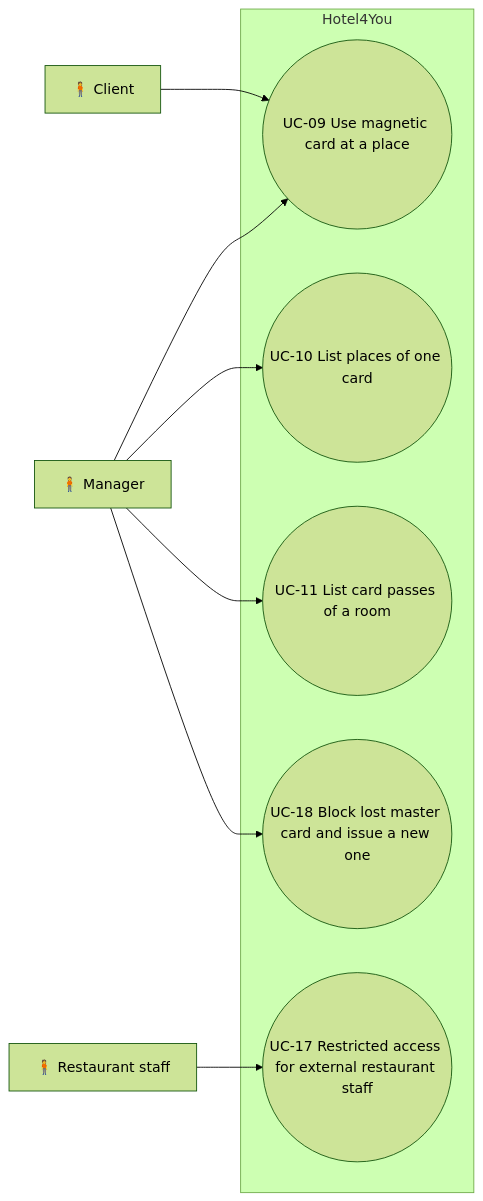
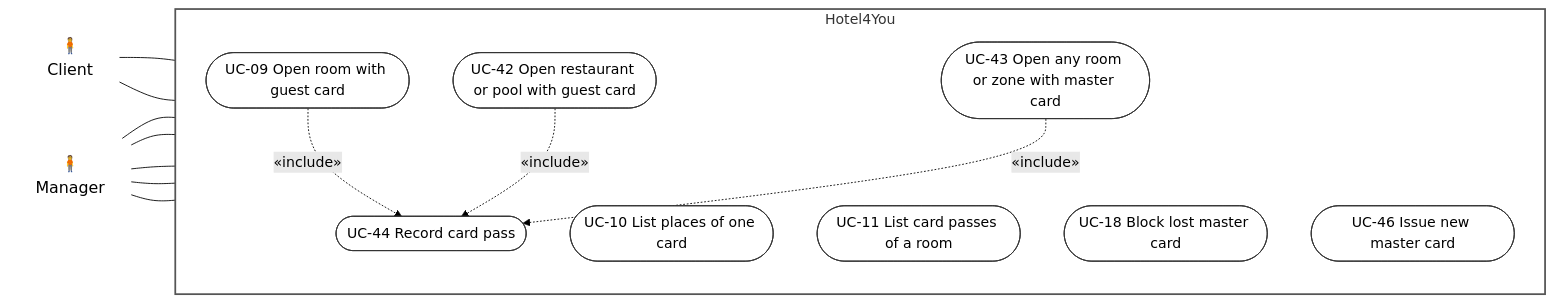
One commit to BorjaTiago/hotel4you changed the sixth of 7 diagrams in docs/uml/use-cases.md. Above: the diagram before and after it, drawn with Mermaid (forest theme). The commit also changed other lines of this file and 3 other files, not shown here.

First line of the commit message:
H4Y-7 apply teacher feedback to use-case diagrams

````diff
--- a/docs/uml/use-cases.md
+++ b/docs/uml/use-cases.md
@@ -45,22 +224,34 @@
 ```mermaid
 flowchart LR
-  %% Requirements: RF-01, RF-17, RF-18, RF-19, RF-20, RF-21, RF-23, RF-24, RF-25, RF-30.
-  Client["🧍 Client"]
-  Manager["🧍 Manager"]
-  RestaurantStaff["🧍 Restaurant staff"]
+  %% Requirements: RF-17, RF-18, RF-19, RF-20, RF-21, RF-23, RF-30. Decisions: Q-09, Q-19, Q-20, Q-26, Q-31, Q-32, Q-44, Q-45.
+  Client["🧍<br/>Client"]:::actor
+  Manager["🧍<br/>Manager"]:::actor
 
-  subgraph Hotel4You[Hotel4You]
-    UC09(("UC-09 Use magnetic card at a place"))
-    UC10(("UC-10 List places of one card"))
-    UC11(("UC-11 List card passes of a room"))
-    UC17(("UC-17 Restricted access for external restaurant staff"))
-    UC18(("UC-18 Block lost master card and issue a new one"))
+  subgraph Hotel4You["Hotel4You"]
+    direction TB
+    UC09(["UC-09 Open room with guest card"]):::uc
+    UC42(["UC-42 Open restaurant or pool with guest card"]):::uc
+    UC43(["UC-43 Open any room or zone with master card"]):::uc
+    UC44(["UC-44 Record card pass"]):::uc
+    UC10(["UC-10 List places of one card"]):::uc
+    UC11(["UC-11 List card passes of a room"]):::uc
+    UC18(["UC-18 Block lost master card"]):::uc
+    UC46(["UC-46 Issue new master card"]):::uc
   end
 
-  Client --> UC09
-  Manager --> UC09
-  Manager --> UC10
-  Manager --> UC11
-  RestaurantStaff --> UC17
-  Manager --> UC18
+  Client --- UC09
+  Client --- UC42
+  Manager --- UC43
+  Manager --- UC10
+  Manager --- UC11
+  Manager --- UC18
+  Manager --- UC46
+
+  UC09 -.->|"«include»"| UC44
+  UC42 -.->|"«include»"| UC44
+  UC43 -.->|"«include»"| UC44
+
+  classDef actor fill:none,stroke:none,font-size:18px
+  classDef uc fill:#ffffff,stroke:#333333,color:#000000
+  style Hotel4You fill:none,stroke:#555555,stroke-width:2px
 ```
````
